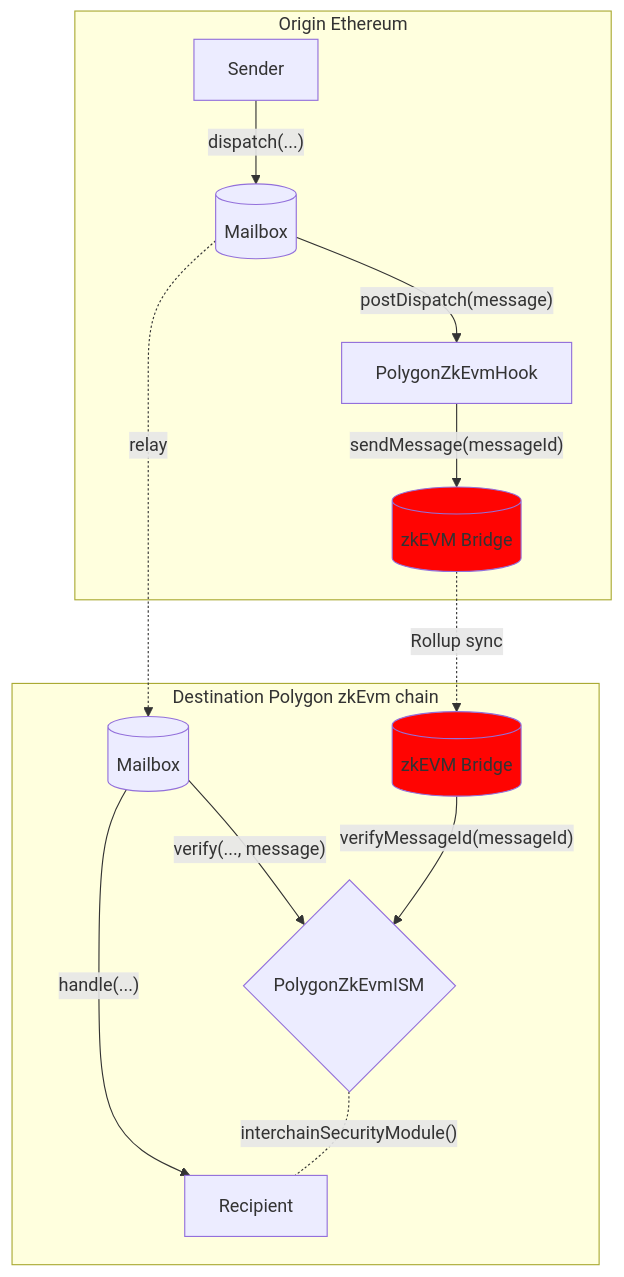
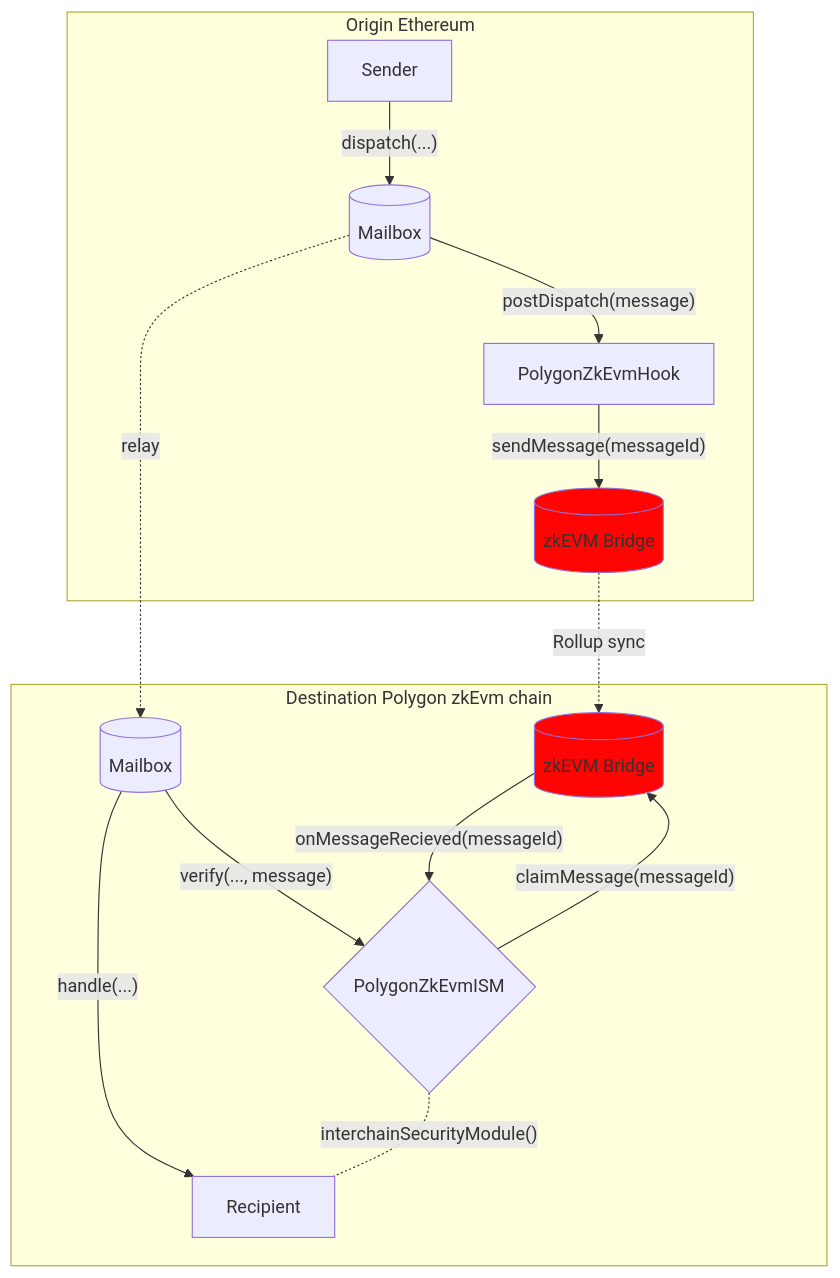
Before and after one commit to hyperlane-xyz/v3-docs: the diagram in docs/reference/hooks/polygon-zkevm.mdx, drawn with Mermaid.

````diff
--- a/docs/reference/hooks/polygon-zkevm.mdx
+++ b/docs/reference/hooks/polygon-zkevm.mdx
@@ -16,32 +16,35 @@
 ```mermaid
 flowchart TB
     subgraph Origin Ethereum
       Sender
       M_O[(Mailbox)]
       Hook[PolygonZkEvmHook]
       Eth[(zkEVM Bridge)]
 
       Sender -- "dispatch(...)" --> M_O
       M_O -- "postDispatch(message)" --> Hook
       Hook -- "sendMessage(messageId)" --> Eth
     end
 
     M_O -. "relay" .-> M_D
+
+    subgraph Destination Polygon zkEvm chain
     Eth -. "Rollup sync" .-> Polygon
 
-    subgraph Destination Polygon zkEvm chain
       Recipient
       M_D[(Mailbox)]
       ISM{PolygonZkEvmISM}
       Polygon[(zkEVM Bridge)]
 
       M_D -- "verify(..., message)" --> ISM
       M_D -- "handle(...)" --> Recipient
       ISM -. "interchainSecurityModule()" .- Recipient
 
-      Polygon -- "verifyMessageId(messageId)" --> ISM
+
+      ISM -- "claimMessage(messageId)" --> Polygon
+      Polygon -- "onMessageRecieved(messageId)" --> ISM
     end
 
     style Eth fill: #ff0402
     style Polygon fill: #ff0402
 ```
````
